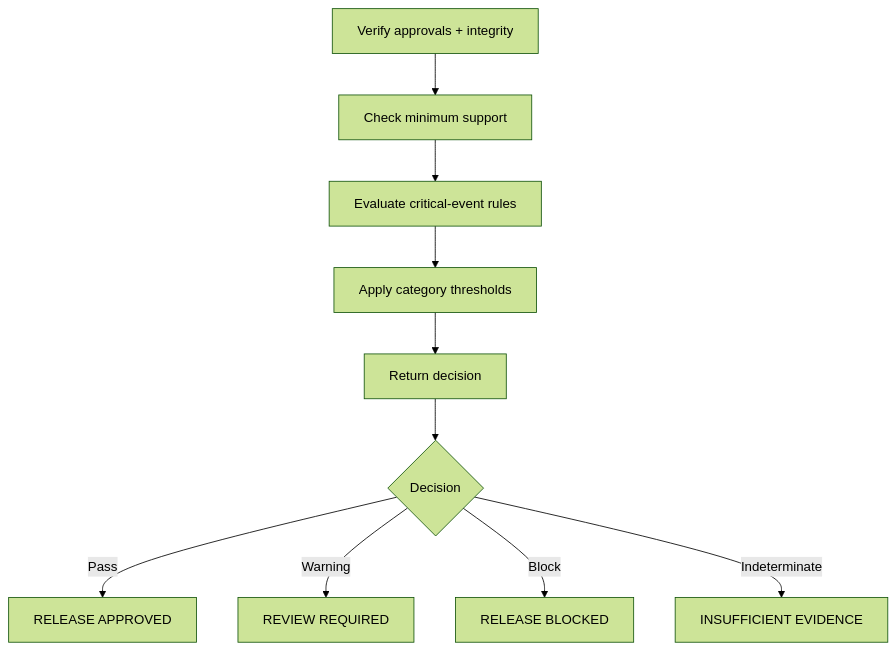
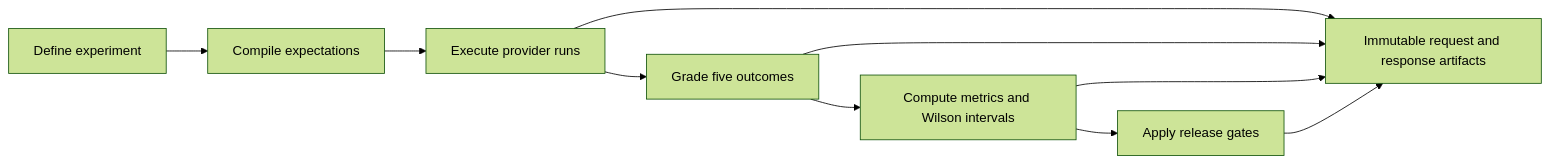
Before and after one commit to Runndownn/Wilson-Eval3ngine-: the diagram in README.md, drawn with Mermaid (forest theme). The commit also changed other lines of this file, not shown here.

Commit message:
docs: rebuild README around GUI, evidence, and full chart gallery

````diff
--- a/README.md
+++ b/README.md
@@ -838,13 +21,12 @@
 ```mermaid
-flowchart TD
-    A[Verify approvals + integrity] --> B[Check minimum support]
-    B --> C[Evaluate critical-event rules]
-    C --> D[Apply category thresholds]
-    D --> E[Return decision]
-    
-    E --> F{Decision}
-    F -->|Pass| PASS[RELEASE APPROVED]
-    F -->|Warning| WARN[REVIEW REQUIRED]
-    F -->|Block| BLOCK[RELEASE BLOCKED]
-    F -->|Indeterminate| INDET[INSUFFICIENT EVIDENCE]
+flowchart LR
+    D[Define experiment] --> C[Compile expectations]
+    C --> E[Execute provider runs]
+    E --> G[Grade five outcomes]
+    G --> M[Compute metrics and Wilson intervals]
+    M --> R[Apply release gates]
+    E --> A[Immutable request and response artifacts]
+    G --> A
+    M --> A
+    R --> A
 ```
````
